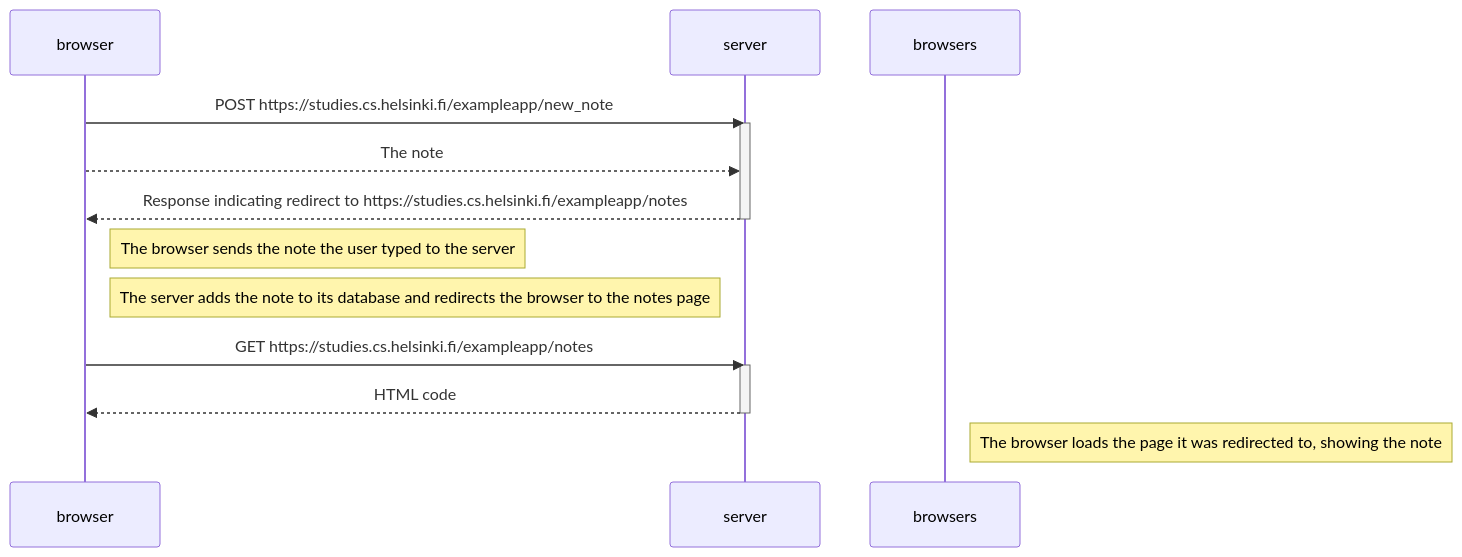
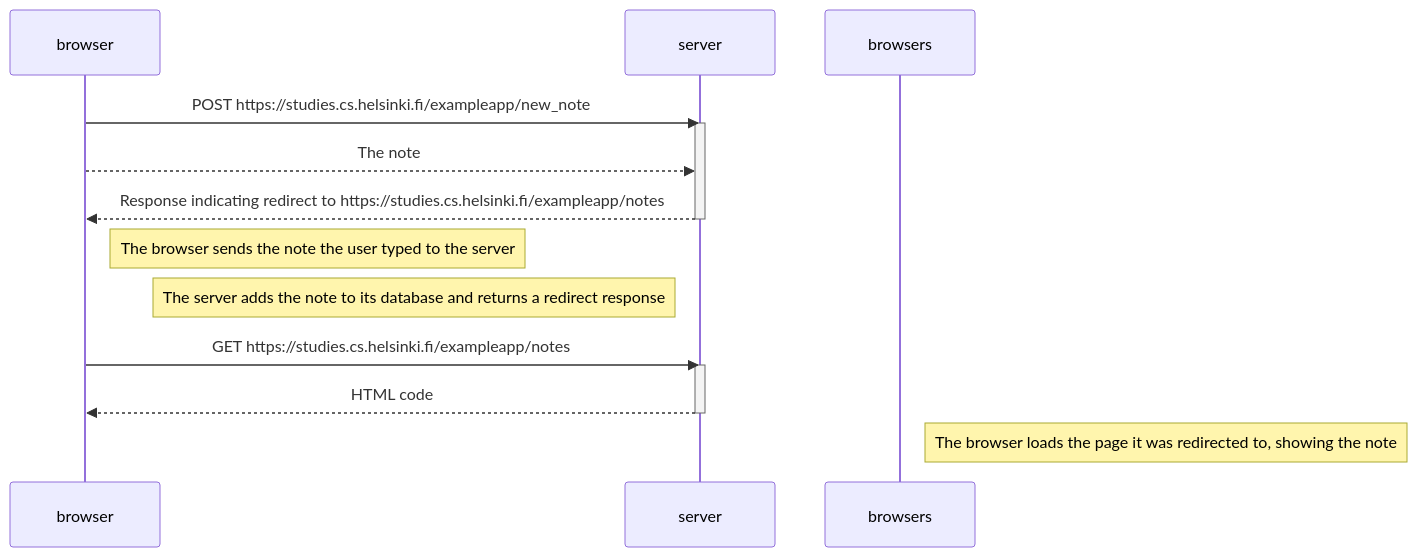
The diagram in part0/04/diagram.md (afokou/fullstack-3), drawn with Mermaid before and after one commit.

Commit message:
Wording fix

````diff
--- a/part0/04/diagram.md
+++ b/part0/04/diagram.md
@@ -3,21 +3,21 @@
 ```mermaid
 sequenceDiagram
 participant browser
 participant server
 
     browser->>server: POST https://studies.cs.helsinki.fi/exampleapp/new_note
     activate server
     browser-->>server: The note
     server-->>browser: Response indicating redirect to https://studies.cs.helsinki.fi/exampleapp/notes
     deactivate server
     
     Note right of browser: The browser sends the note the user typed to the server
-    Note left of server: The server adds the note to its database and redirects the browser to the notes page
+    Note left of server: The server adds the note to its database and returns a redirect response
 
     browser->>server: GET https://studies.cs.helsinki.fi/exampleapp/notes
     activate server
     server-->>browser: HTML code
     deactivate server
     
     Note right of browsers: The browser loads the page it was redirected to, showing the note
 ```
````
